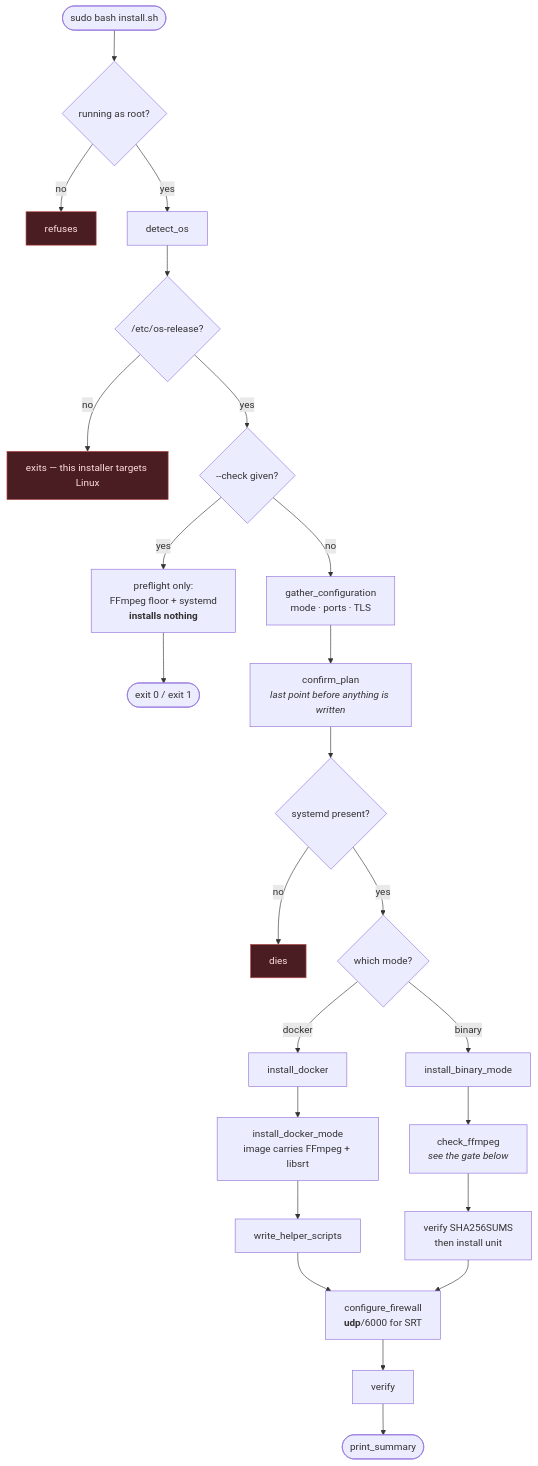
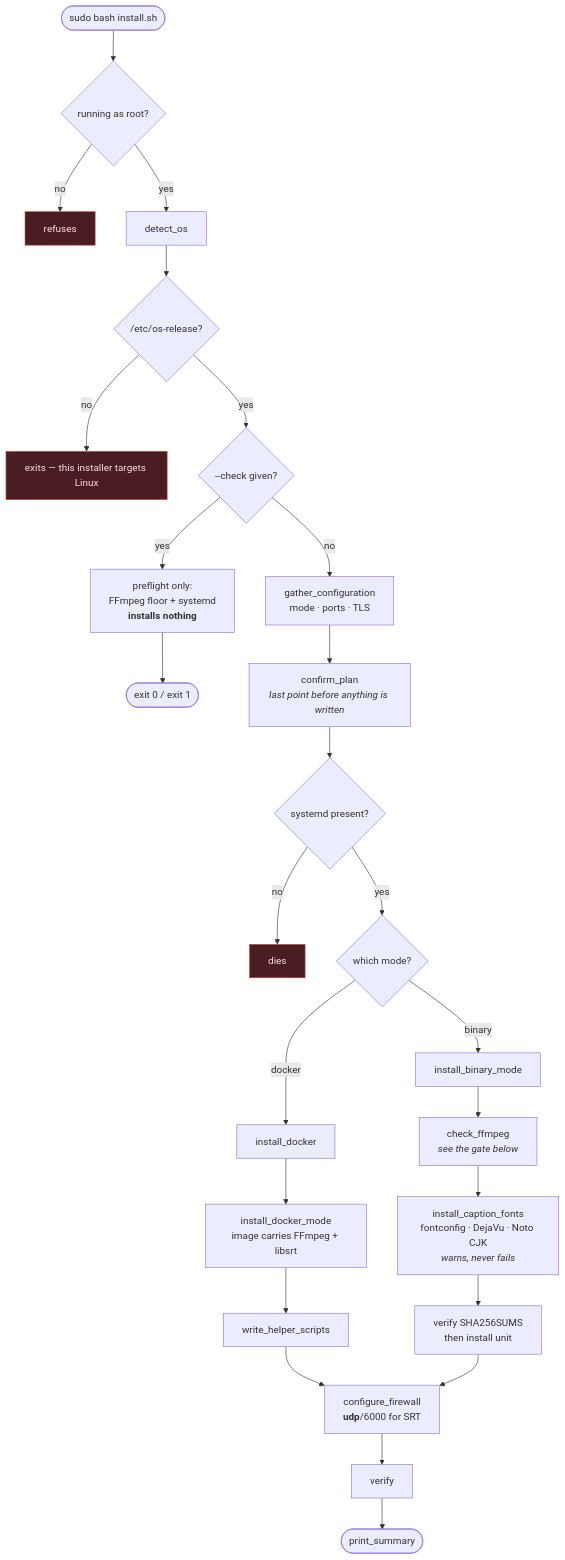
Before and after one commit to rainmanjam/polyemesis: the first of 2 diagrams in docs/INSTALL.md, drawn with Mermaid. The commit also changed other lines of this file and 5 other files, not shown here.

First line of the commit message:
feat(installer): install caption fonts (fontconfig, DejaVu, Noto CJK) in binary mode

````diff
--- a/docs/INSTALL.md
+++ b/docs/INSTALL.md
@@ -48,36 +48,37 @@
 ```mermaid
 flowchart TD
     start(["sudo bash install.sh"]) --> root{"running as root?"}
     root -- no --> stopRoot["refuses"]
     root -- yes --> os["detect_os"]
     os --> linux{"/etc/os-release?"}
     linux -- no --> stopOS["exits — this installer targets Linux"]
     linux -- yes --> checkonly{"--check given?"}
 
     checkonly -- yes --> pre["preflight only:<br/>FFmpeg floor + systemd<br/><b>installs nothing</b>"]
     pre --> exitCheck(["exit 0 / exit 1"])
 
     checkonly -- no --> gather["gather_configuration<br/>mode · ports · TLS"]
     gather --> plan["confirm_plan<br/><i>last point before anything is written</i>"]
     plan --> sysd{"systemd present?"}
     sysd -- no --> stopSysd["dies"]
     sysd -- yes --> mode{"which mode?"}
 
     mode -- docker --> d1["install_docker"]
     d1 --> d2["install_docker_mode<br/>image carries FFmpeg + libsrt"]
     d2 --> d3["write_helper_scripts"]
     d3 --> fw
 
     mode -- binary --> b1["install_binary_mode"]
     b1 --> b2["check_ffmpeg<br/><i>see the gate below</i>"]
-    b2 --> b3["verify SHA256SUMS<br/>then install unit"]
+    b2 --> bf["install_caption_fonts<br/>fontconfig · DejaVu · Noto CJK<br/><i>warns, never fails</i>"]
+    bf --> b3["verify SHA256SUMS<br/>then install unit"]
     b3 --> fw
 
     fw["configure_firewall<br/><b>udp</b>/6000 for SRT"] --> ver["verify"]
     ver --> done(["print_summary"])
 
     stopRoot:::halt
     stopOS:::halt
     stopSysd:::halt
     classDef halt fill:#4a1d22,stroke:#c0524f,color:#ffdfe0
 ```
````
